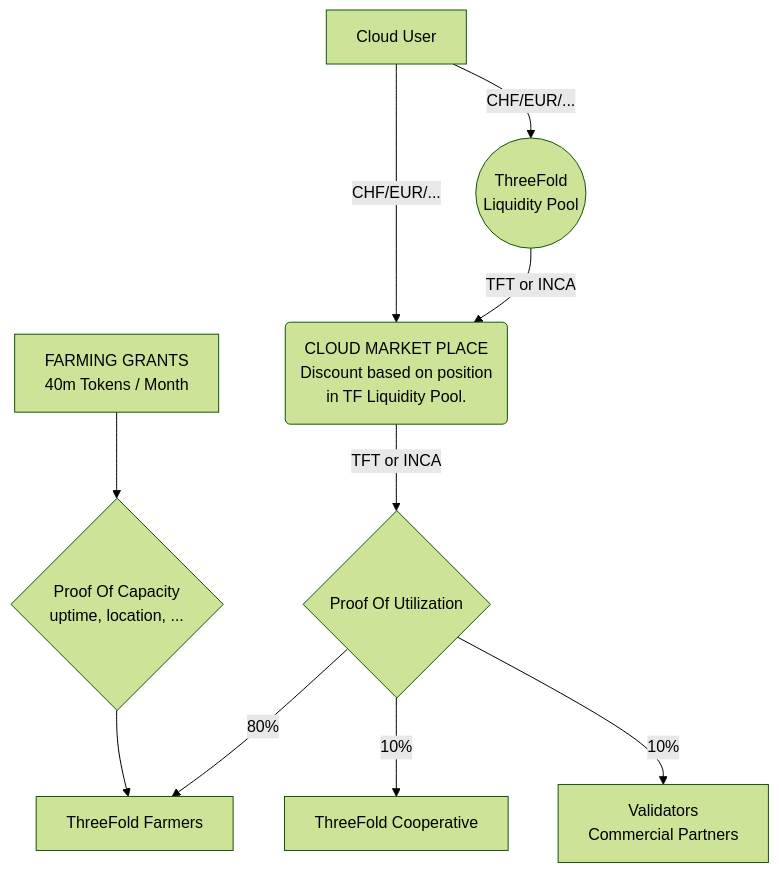
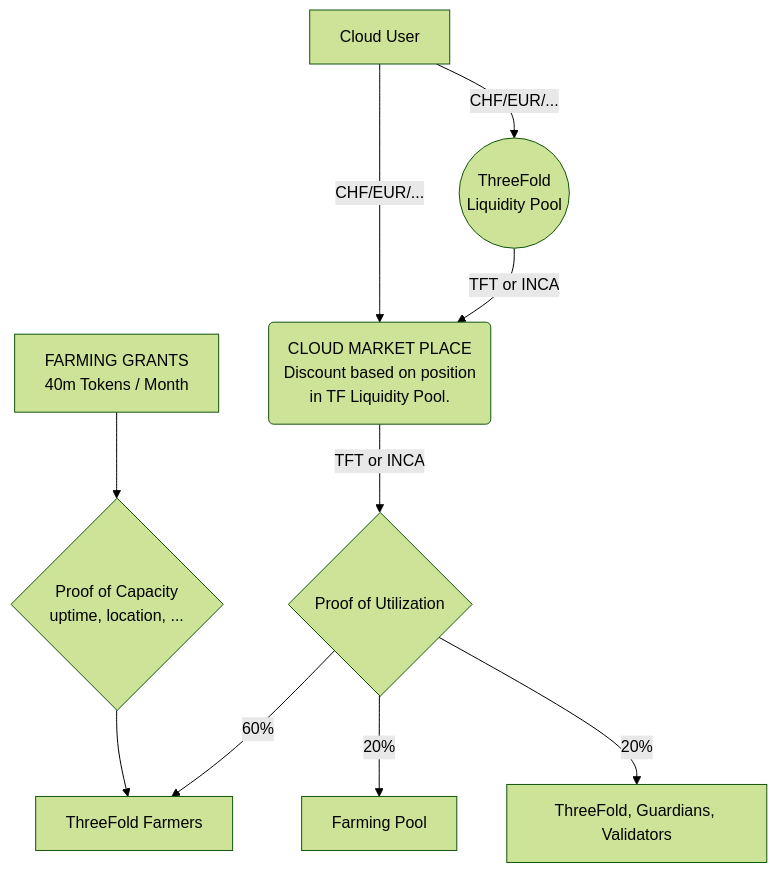
The diagram in docs_website/docs/references/tokenomics.md (threefoldfoundation/www_docs_threefold_io), drawn with Mermaid (forest theme) before and after one commit. The commit also changed other lines of this file, not shown here.

````diff
--- a/docs_website/docs/references/tokenomics.md
+++ b/docs_website/docs/references/tokenomics.md
@@ -21,11 +30,11 @@
 ```mermaid
 flowchart TD
     A[Cloud User] -->|CHF/EUR/...| B(CLOUD MARKET PLACE<br>Discount based on position<br>in TF Liquidity Pool.)
     A[Cloud User] -->|CHF/EUR/...| B2((ThreeFold<br>Liquidity Pool))
     B2 -->|TFT or INCA| B
-    B -->|TFT or INCA| C{Proof Of Utilization}
-    G[FARMING GRANTS<br>40m Tokens / Month]-->  I{Proof Of Capacity<br>uptime, location, ...} --> D
-    C -->|80%| D[ThreeFold Farmers]
-    C -->|10%| E[ThreeFold Cooperative]
-    C -->|10%| F[Validators<br>Commercial Partners]
+    B -->|TFT or INCA| C{Proof of Utilization}
+    G[FARMING GRANTS<br>40m Tokens / Month]-->  I{Proof of Capacity<br>uptime, location, ...} --> D
+    C -->|60%| D[ThreeFold Farmers]
+    C -->|20%| E[Farming Pool]
+    C -->|20%| F[ThreeFold, Guardians, Validators]
   ```
````
